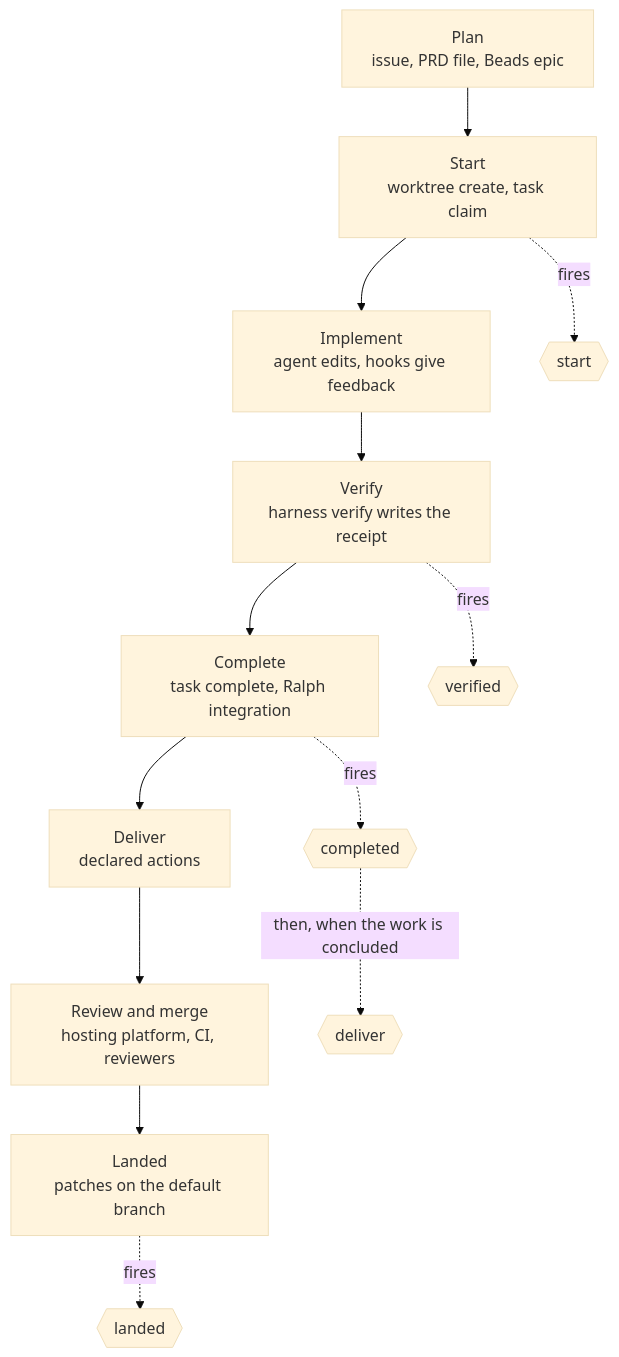
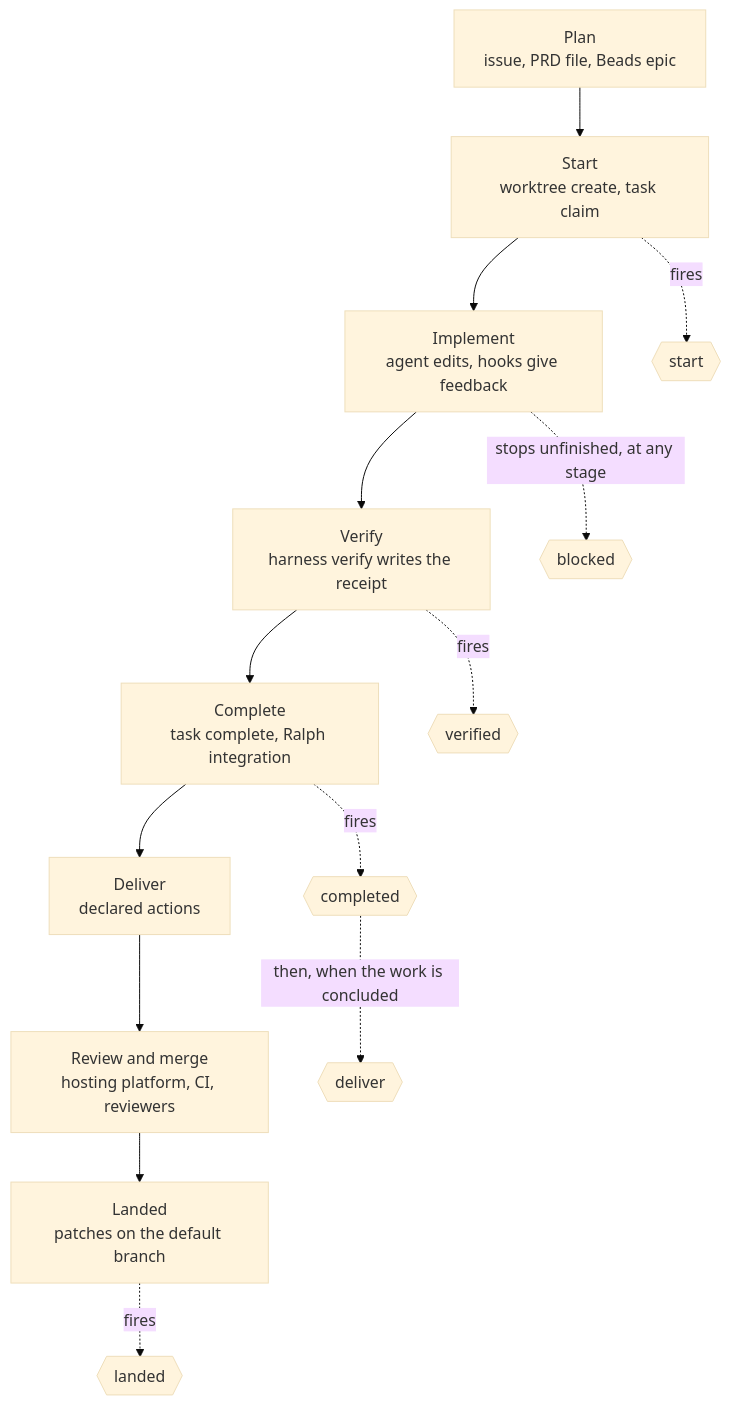
The first of 2 diagrams in docs/features/lifecycle.md (lmarqs/harness), drawn with Mermaid (base theme) before and after one commit. The commit also changed other lines of this file and 75 other files, not shown here.

````diff
--- a/docs/features/lifecycle.md
+++ b/docs/features/lifecycle.md
@@ -40,15 +50,16 @@
 ```mermaid
 flowchart TB
   s1["Plan<br/>issue, PRD file, Beads epic"] --> s2["Start<br/>worktree create, task claim"]
   s2 --> s3["Implement<br/>agent edits, hooks give feedback"]
   s3 --> s4["Verify<br/>harness verify writes the receipt"]
   s4 --> s5["Complete<br/>task complete, Ralph integration"]
   s5 --> s6["Deliver<br/>declared actions"]
   s6 --> s7["Review and merge<br/>hosting platform, CI, reviewers"]
   s7 --> s8["Landed<br/>patches on the default branch"]
   s2 -.->|fires| e1{{start}}
   s4 -.->|fires| e2{{verified}}
   s5 -.->|fires| e3{{completed}}
   e3 -.->|then, when the work is concluded| e4{{deliver}}
   s8 -.->|fires| e5{{landed}}
+  s3 -.->|stops unfinished, at any stage| e6{{blocked}}
 ```
````
